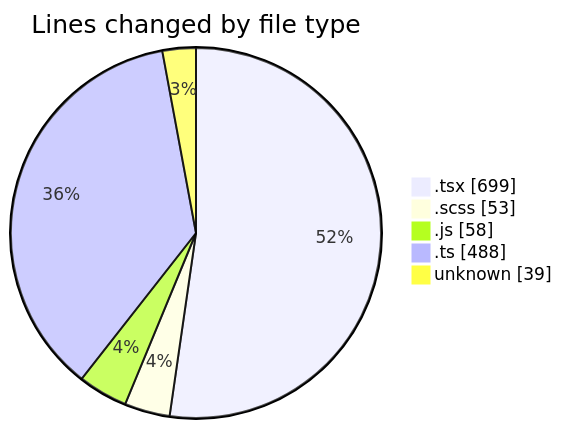
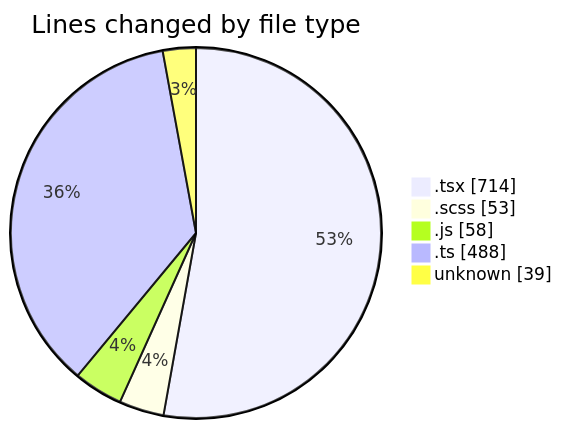
The first of 2 diagrams in 2025-05-02/cda/README.md (momahboobian/code-tracking), drawn with Mermaid before and after one commit. The commit also changed other lines of this file and 1 other file, not shown here.

````diff
--- a/2025-05-02/cda/README.md
+++ b/2025-05-02/cda/README.md
@@ -27,9 +27,9 @@
 ```mermaid
 pie showData
 title Lines changed by file type
-".tsx" : 699
+".tsx" : 714
 ".scss" : 53
 ".js" : 58
 ".ts" : 488
 "unknown" : 39
 ```
````
